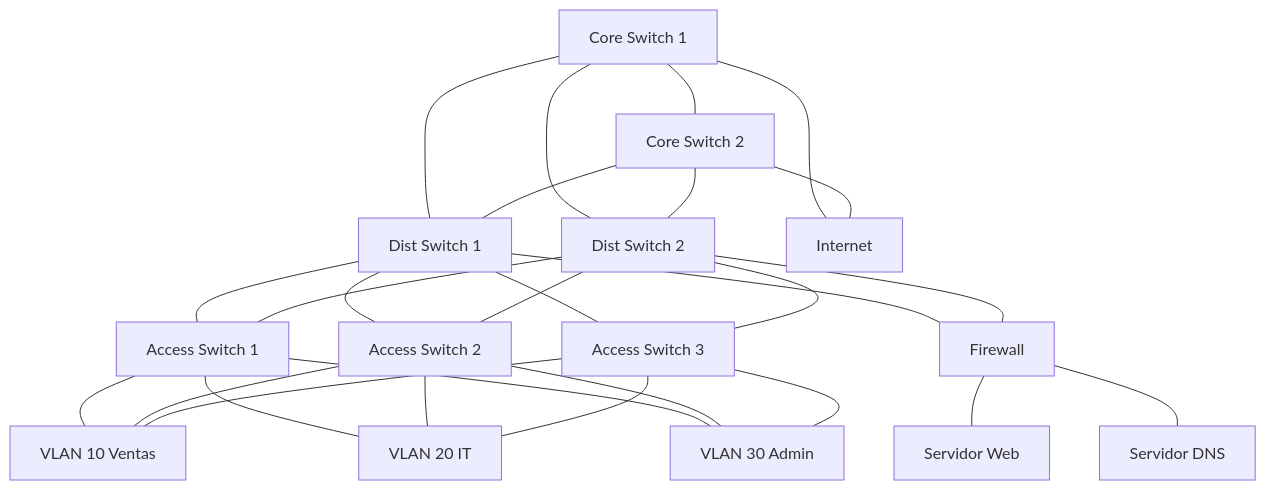
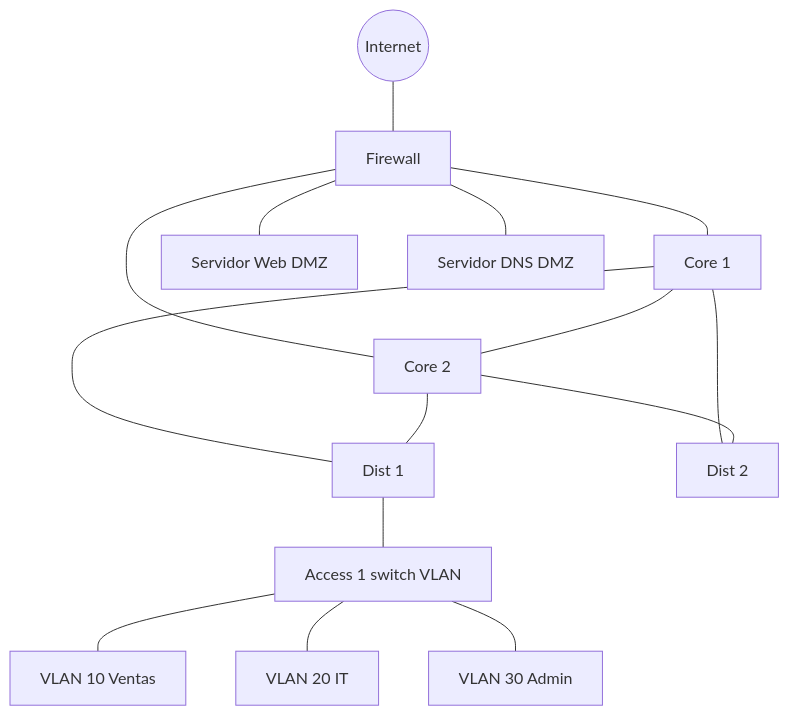
The diagram in docs/labs/lab-11/index.md (asideloko/Networking-Lab), drawn with Mermaid before and after one commit. The commit also changed other lines of this file and 13 other files, not shown here.

````diff
--- a/docs/labs/lab-11/index.md
+++ b/docs/labs/lab-11/index.md
@@ -11,42 +14,29 @@
 ```mermaid
 graph TB
-    C1[Core Switch 1]
-    C2[Core Switch 2]
-    D1[Dist Switch 1]
-    D2[Dist Switch 2]
-    A1[Access Switch 1]
-    A2[Access Switch 2]
-    A3[Access Switch 3]
+    Internet((Internet))
     FW[Firewall]
-    WEB[Servidor Web]
-    DNS[Servidor DNS]
+    C1[Core 1]
+    C2[Core 2]
+    D1[Dist 1]
+    D2[Dist 2]
+    A1[Access 1 switch VLAN]
     V10[VLAN 10 Ventas]
     V20[VLAN 20 IT]
     V30[VLAN 30 Admin]
+    WEB[Servidor Web DMZ]
+    DNS[Servidor DNS DMZ]
+    Internet --- FW
+    FW --- C1
+    FW --- C2
     C1 --- C2
     C1 --- D1
     C1 --- D2
     C2 --- D1
     C2 --- D2
     D1 --- A1
-    D1 --- A2
-    D1 --- A3
-    D2 --- A1
-    D2 --- A2
-    D2 --- A3
     A1 --- V10
     A1 --- V20
     A1 --- V30
-    A2 --- V10
-    A2 --- V20
-    A2 --- V30
-    A3 --- V10
-    A3 --- V20
-    A3 --- V30
-    D1 --- FW
-    D2 --- FW
     FW --- WEB
     FW --- DNS
-    C1 --- Internet
-    C2 --- Internet
 ```
````
